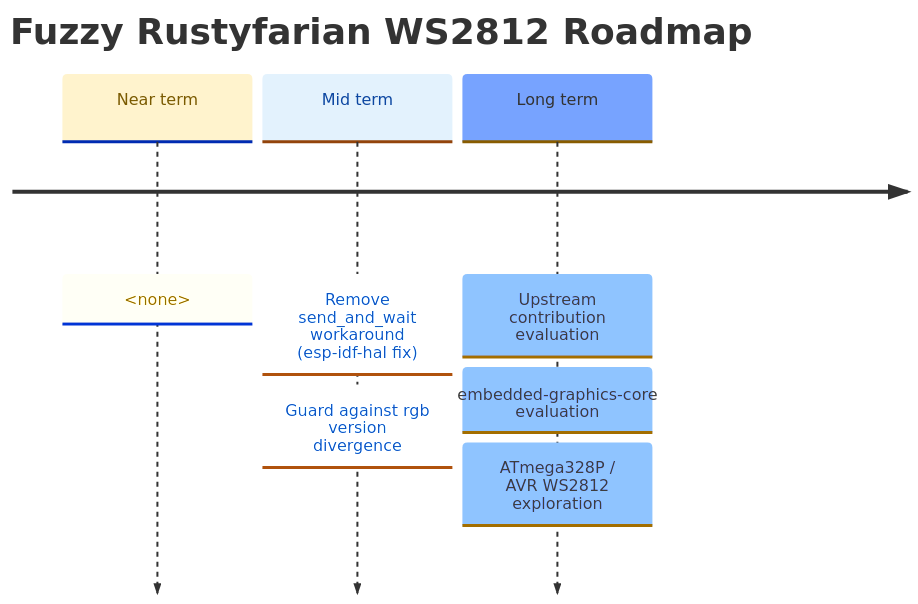
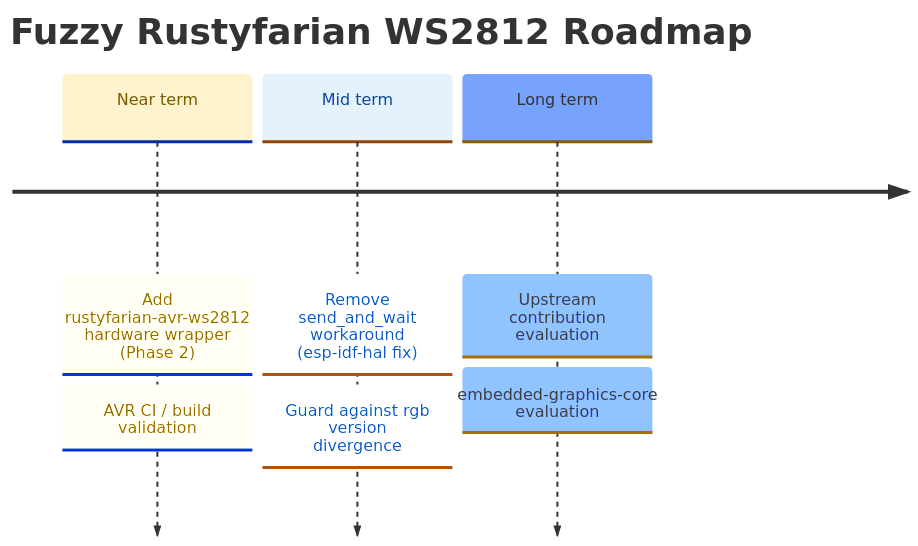
The diagram in docs/ROADMAP.md (datenkollektiv/rustyfarian-ws2812), drawn with Mermaid before and after one commit. The commit also changed other lines of this file and 3 other files, not shown here.

````diff
--- a/docs/ROADMAP.md
+++ b/docs/ROADMAP.md
@@ -9,23 +9,23 @@
 ```mermaid
 %%{init: {
   "theme": "base",
   "themeVariables": {
     "cScale0": "#fff3cd",
     "cScaleLabel0": "#7a5a00",
     "cScale1": "#e3f2fd",
     "cScaleLabel1": "#0d47a1"
   }
 }}%%
 
 timeline
     title Fuzzy Rustyfarian WS2812 Roadmap
 
-    Near term : <none>
+    Near term : Add rustyfarian-avr-ws2812 hardware wrapper (Phase 2)
+              : AVR CI / build validation
 
     Mid term  : Remove send_and_wait workaround (esp-idf-hal fix)
               : Guard against rgb version divergence
 
     Long term : Upstream contribution evaluation
               : embedded-graphics-core evaluation
-              : ATmega328P / AVR WS2812 exploration
 ```
````
